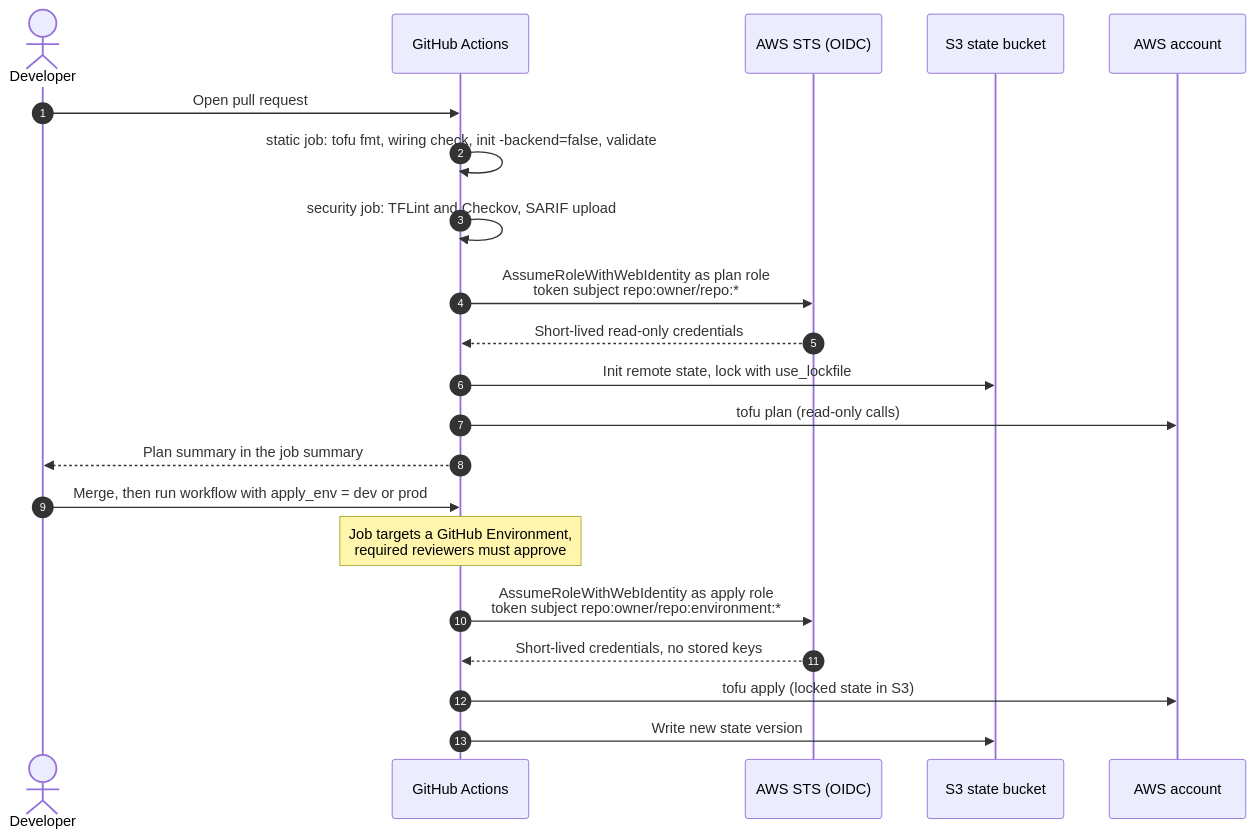
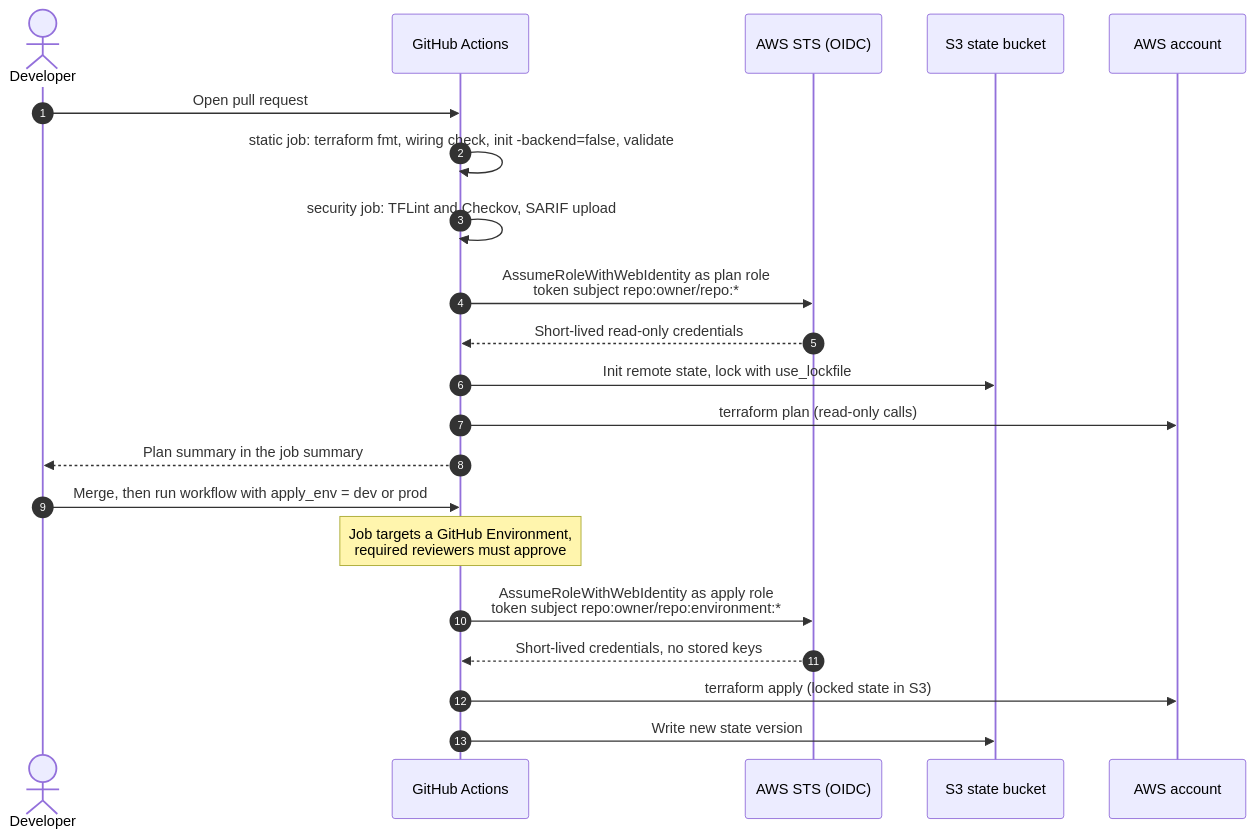
One commit to Joxejaime/Projects-2026 changed the diagram in projects/02-aws-terraform-platform/docs/schematics/02b-terraform-delivery.mmd. Above: the diagram before and after it, drawn with Mermaid. The commit also changed 17 other files, not shown here.

First line of the commit message:
Switch project 02 from OpenTofu to Terraform

```diff
--- a/projects/02-aws-terraform-platform/docs/schematics/02b-terraform-delivery.mmd
+++ b/projects/02-aws-terraform-platform/docs/schematics/02b-terraform-delivery.mmd
@@ -1,26 +1,26 @@
 %% title: Terraform delivery with OIDC
 %% headline: No stored AWS keys anywhere
 %% takeaway: Plans use a read-only role; applies need an approved GitHub Environment.
 %% caption: .github/workflows/02-terraform.yml and bootstrap/github-oidc.tf. Pull requests are validated and planned with a read-only role. Applying is a manual run that targets a protected GitHub Environment; the apply role's trust policy only accepts tokens for environment jobs, and state is locked in S3.
 sequenceDiagram
   autonumber
   actor Dev as Developer
   participant GH as GitHub Actions
   participant STS as AWS STS (OIDC)
   participant S3 as S3 state bucket
   participant AWS as AWS account
 
   Dev->>GH: Open pull request
-  GH->>GH: static job: tofu fmt, wiring check, init -backend=false, validate
+  GH->>GH: static job: terraform fmt, wiring check, init -backend=false, validate
   GH->>GH: security job: TFLint and Checkov, SARIF upload
   GH->>STS: AssumeRoleWithWebIdentity as plan role<br/>token subject repo:owner/repo:*
   STS-->>GH: Short-lived read-only credentials
   GH->>S3: Init remote state, lock with use_lockfile
-  GH->>AWS: tofu plan (read-only calls)
+  GH->>AWS: terraform plan (read-only calls)
   GH-->>Dev: Plan summary in the job summary
   Dev->>GH: Merge, then run workflow with apply_env = dev or prod
   Note over GH: Job targets a GitHub Environment,<br/>required reviewers must approve
   GH->>STS: AssumeRoleWithWebIdentity as apply role<br/>token subject repo:owner/repo:environment:*
   STS-->>GH: Short-lived credentials, no stored keys
-  GH->>AWS: tofu apply (locked state in S3)
+  GH->>AWS: terraform apply (locked state in S3)
   GH->>S3: Write new state version
```
